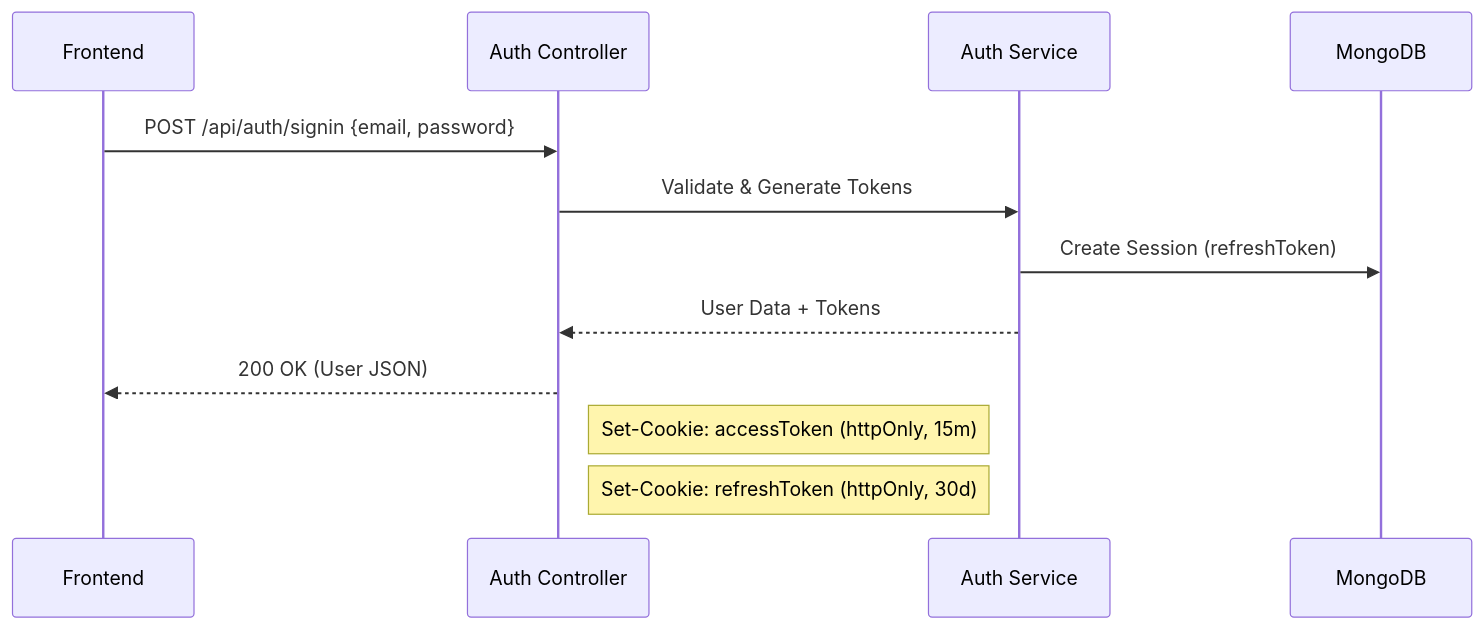
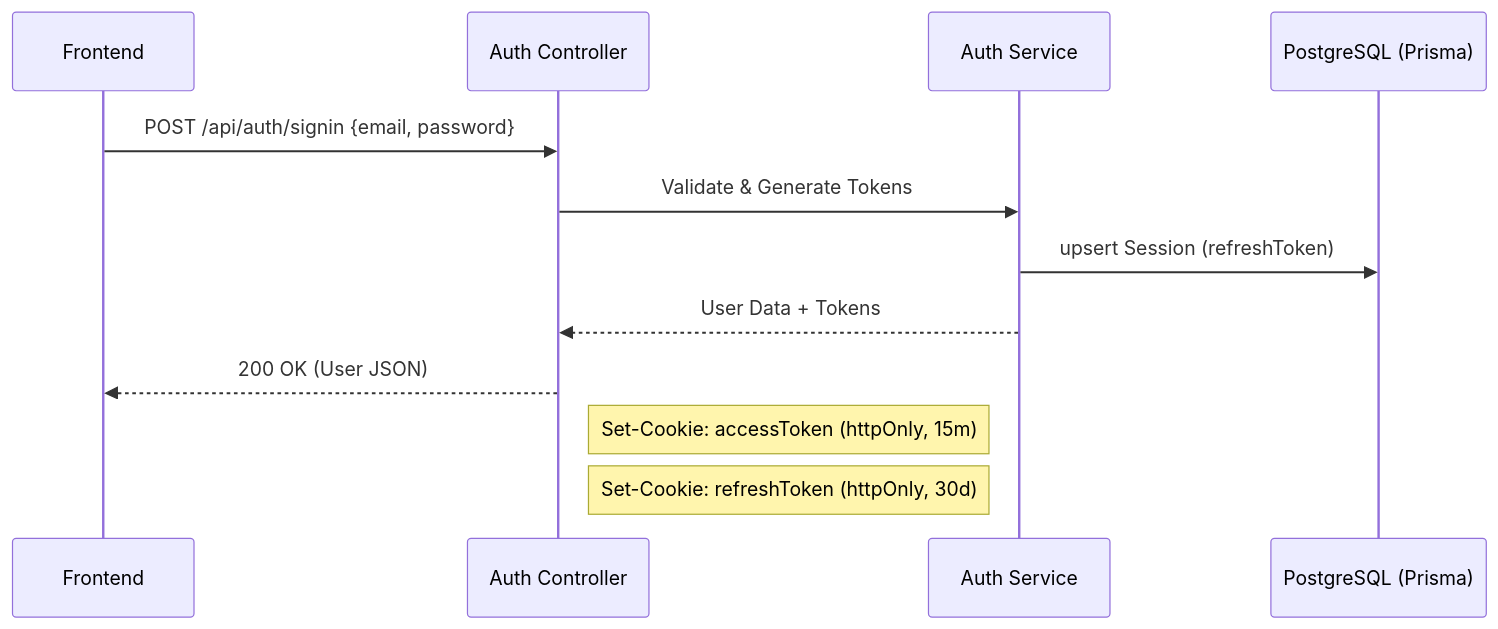
One commit to EricNguyen1206/turbo-chat changed the first of 2 diagrams in docs/AUTH_FEATURE.md. Above: the diagram before and after it, drawn with Mermaid. The commit also changed other lines of this file and 42 other files, not shown here.

````diff
--- a/docs/AUTH_FEATURE.md
+++ b/docs/AUTH_FEATURE.md
@@ -23,16 +23,16 @@
 ```mermaid
 sequenceDiagram
     participant Client as Frontend
     participant API as Auth Controller
     participant Service as Auth Service
-    participant DB as MongoDB
+    participant DB as PostgreSQL (Prisma)
 
     Client->>API: POST /api/auth/signin {email, password}
     API->>Service: Validate & Generate Tokens
-    Service->>DB: Create Session (refreshToken)
+    Service->>DB: upsert Session (refreshToken)
     Service-->>API: User Data + Tokens
     
     API-->>Client: 200 OK (User JSON)
     Note right of API: Set-Cookie: accessToken (httpOnly, 15m)
     Note right of API: Set-Cookie: refreshToken (httpOnly, 30d)
 ```
````
